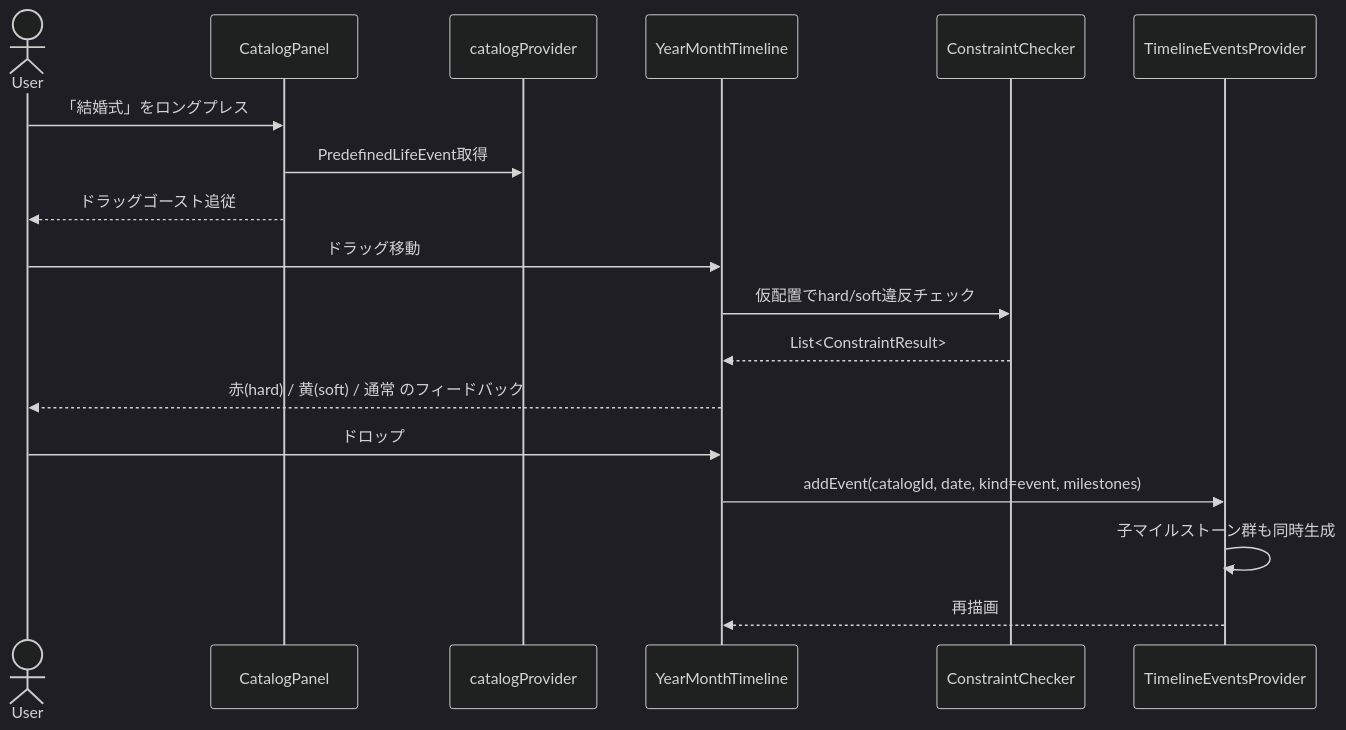
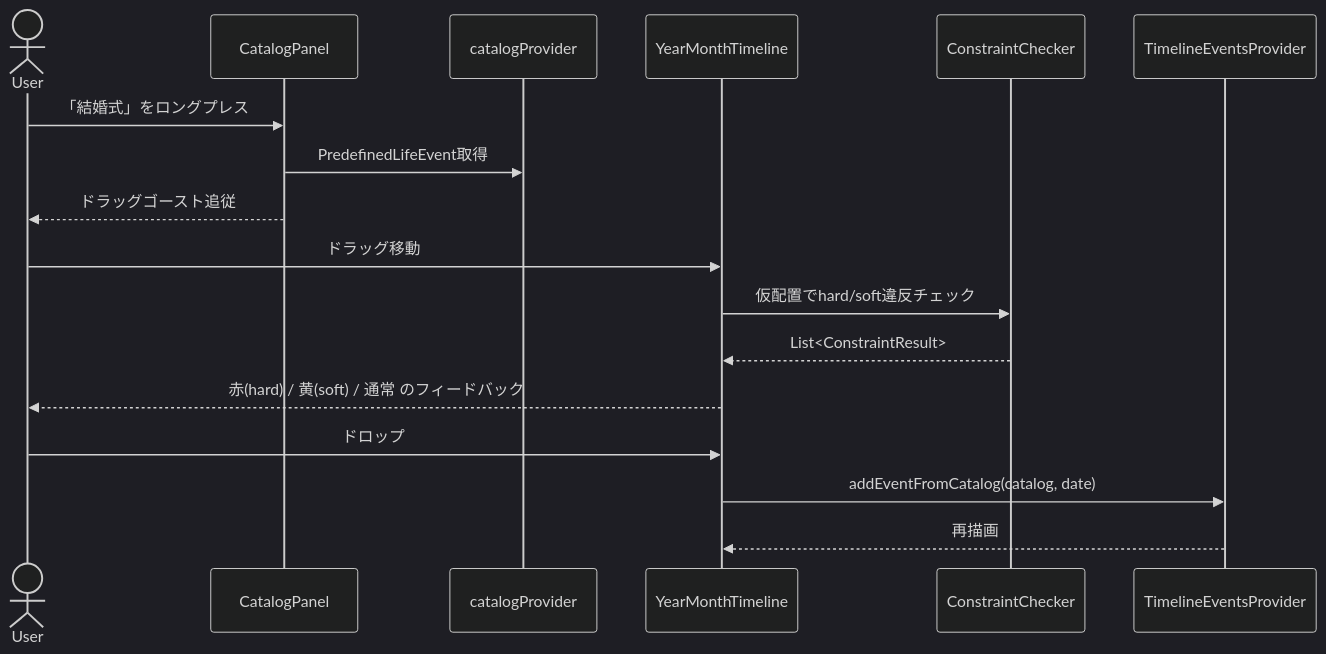
The second of 2 diagrams in docs/SOFTWARE_ARCHITECTURE.md (vdnih/life-compass-tokyo), drawn with Mermaid (dark theme) before and after one commit. The commit also changed other lines of this file and 31 other files, not shown here.

````diff
--- a/docs/SOFTWARE_ARCHITECTURE.md
+++ b/docs/SOFTWARE_ARCHITECTURE.md
@@ -221,21 +218,20 @@
 ```mermaid
 sequenceDiagram
     actor User
     participant Panel as CatalogPanel
     participant Catalog as catalogProvider
     participant TL as YearMonthTimeline
     participant Checker as ConstraintChecker
     participant Logic as TimelineEventsProvider
 
     User->>Panel: 「結婚式」をロングプレス
     Panel->>Catalog: PredefinedLifeEvent取得
     Panel-->>User: ドラッグゴースト追従
     User->>TL: ドラッグ移動
     TL->>Checker: 仮配置でhard/soft違反チェック
     Checker-->>TL: List<ConstraintResult>
     TL-->>User: 赤(hard) / 黄(soft) / 通常 のフィードバック
     User->>TL: ドロップ
-    TL->>Logic: addEvent(catalogId, date, kind=event, milestones)
-    Logic->>Logic: 子マイルストーン群も同時生成
+    TL->>Logic: addEventFromCatalog(catalog, date)
     Logic-->>TL: 再描画
 ```
````
